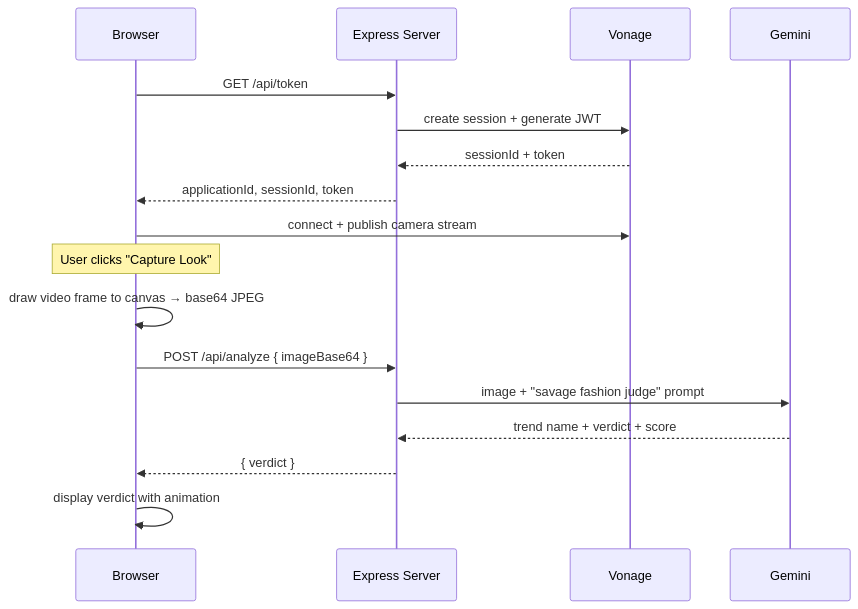
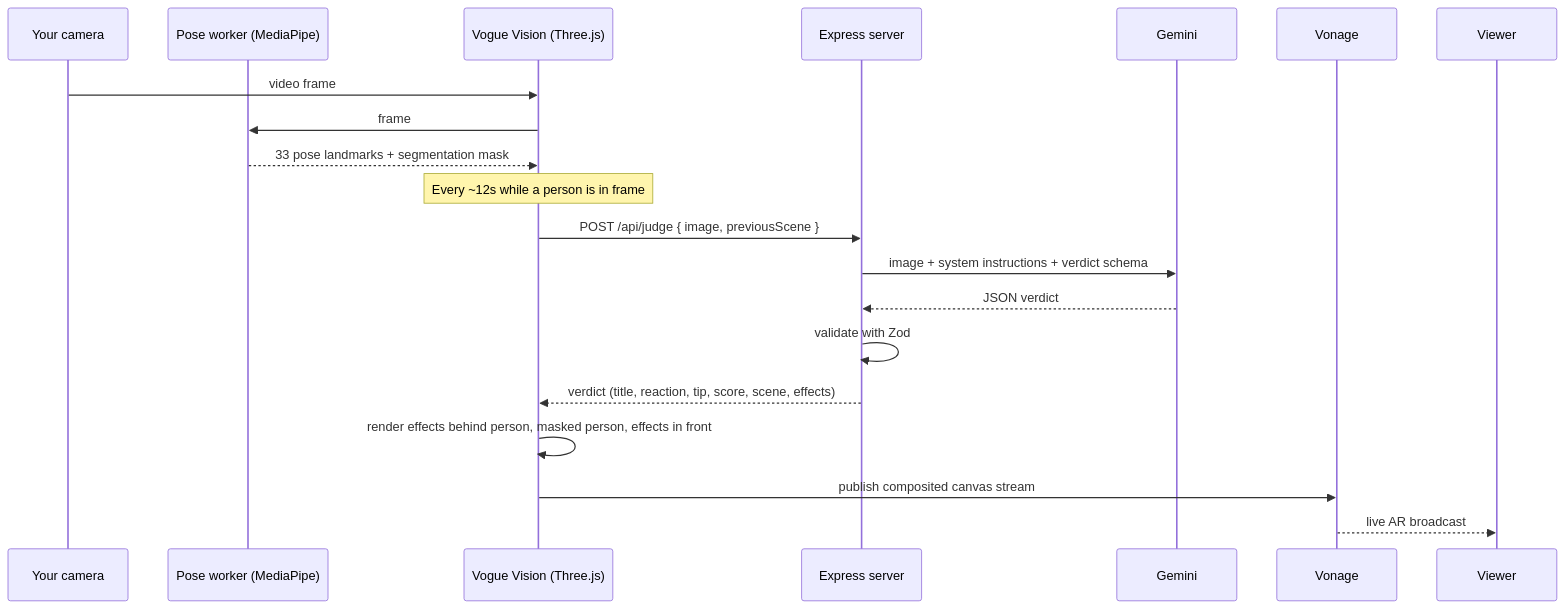
One commit to pallavimaralla/vogue-vision changed the diagram in README.md. Above: the diagram before and after it, drawn with Mermaid. The commit also changed other lines of this file and 20 other files, not shown here.

````diff
--- a/README.md
+++ b/README.md
@@ -7,20 +34,23 @@
 ```mermaid
 sequenceDiagram
-    participant Browser
-    participant Server as Express Server
+    participant Camera as Your camera
+    participant Worker as Pose worker (MediaPipe)
+    participant App as Vogue Vision (Three.js)
+    participant Server as Express server
+    participant Gemini
     participant Vonage
-    participant Gemini
+    participant Viewer
 
-    Browser->>Server: GET /api/token
-    Server->>Vonage: create session + generate JWT
-    Vonage-->>Server: sessionId + token
-    Server-->>Browser: applicationId, sessionId, token
-    Browser->>Vonage: connect + publish camera stream
-    Note over Browser: User clicks "Capture Look"
-    Browser->>Browser: draw video frame to canvas → base64 JPEG
-    Browser->>Server: POST /api/analyze { imageBase64 }
-    Server->>Gemini: image + "savage fashion judge" prompt
-    Gemini-->>Server: trend name + verdict + score
-    Server-->>Browser: { verdict }
-    Browser->>Browser: display verdict with animation
+    Camera->>App: video frame
+    App->>Worker: frame
+    Worker-->>App: 33 pose landmarks + segmentation mask
+    Note over App: Every ~12s while a person is in frame
+    App->>Server: POST /api/judge { image, previousScene }
+    Server->>Gemini: image + system instructions + verdict schema
+    Gemini-->>Server: JSON verdict
+    Server->>Server: validate with Zod
+    Server-->>App: verdict (title, reaction, tip, score, scene, effects)
+    App->>App: render effects behind person, masked person, effects in front
+    App->>Vonage: publish composited canvas stream
+    Vonage-->>Viewer: live AR broadcast
 ```
````
